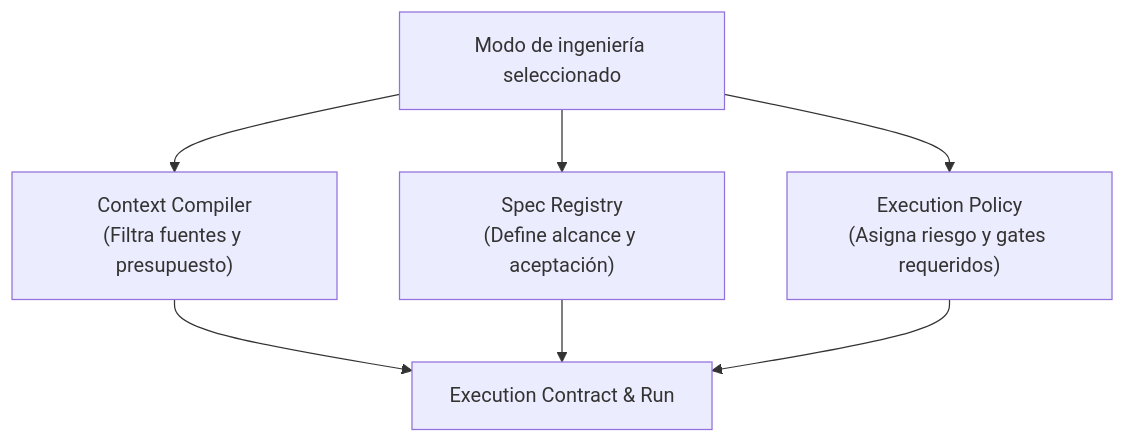
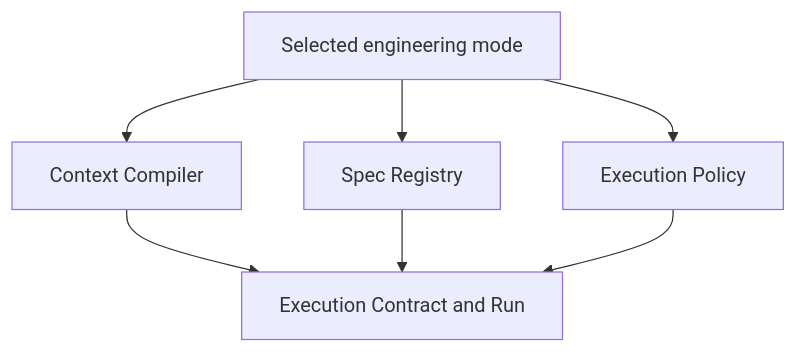
One commit to alyconr/Rapid-OS changed the diagram in docs/guides/modes/index.md. Above: the diagram before and after it, drawn with Mermaid. The commit also changed other lines of this file and 81 other files, not shown here.

````diff
--- a/docs/guides/modes/index.md
+++ b/docs/guides/modes/index.md
@@ -14,10 +14,9 @@
 ```mermaid
 flowchart TD
-    Mode["Modo de ingeniería seleccionado"] --> CC["Context Compiler\n(Filtra fuentes y presupuesto)"]
-    Mode --> SR["Spec Registry\n(Define alcance y aceptación)"]
-    Mode --> EP["Execution Policy\n(Asigna riesgo y gates requeridos)"]
-    
-    CC --> Run["Execution Contract & Run"]
+    Mode[Selected engineering mode] --> CC[Context Compiler]
+    Mode --> SR[Spec Registry]
+    Mode --> EP[Execution Policy]
+    CC --> Run[Execution Contract and Run]
     SR --> Run
     EP --> Run
 ```
````
